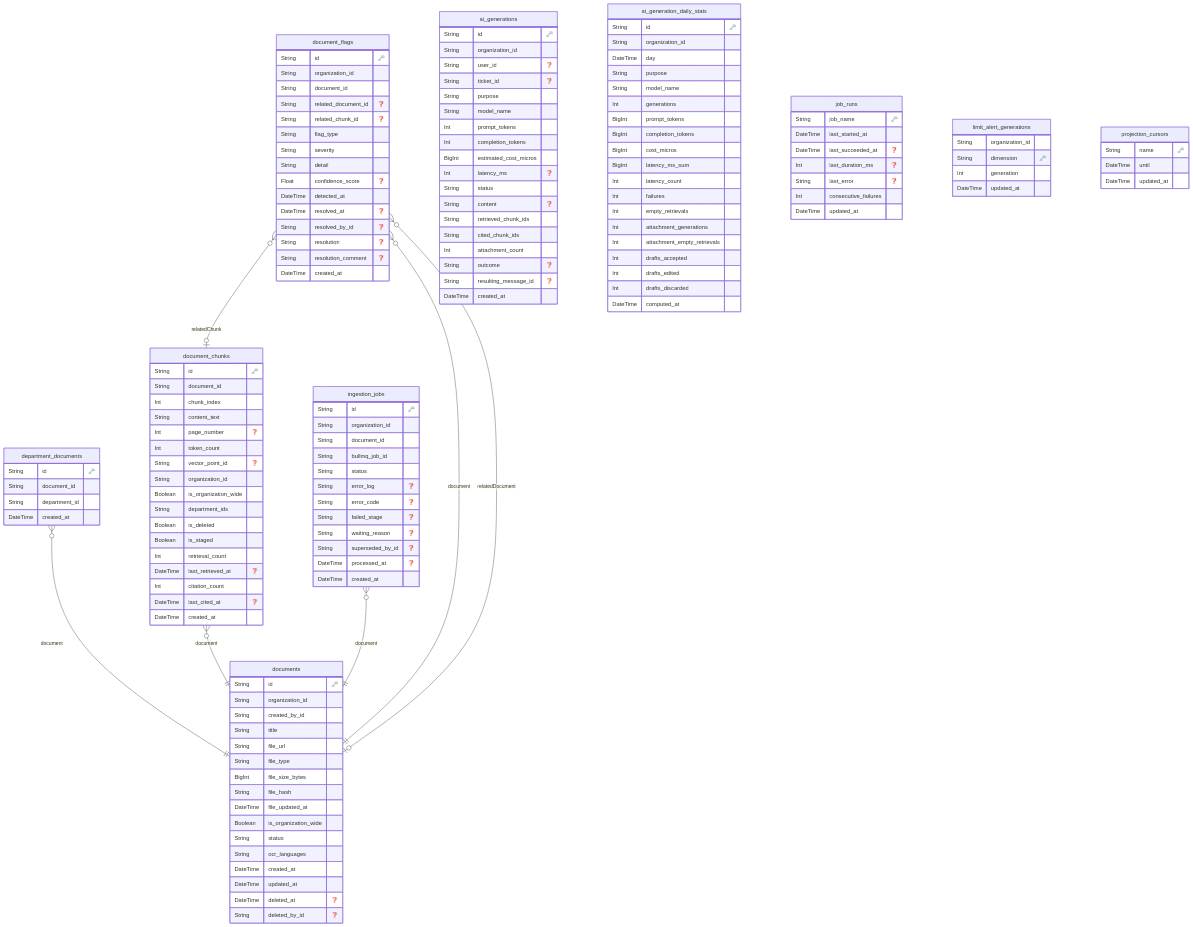
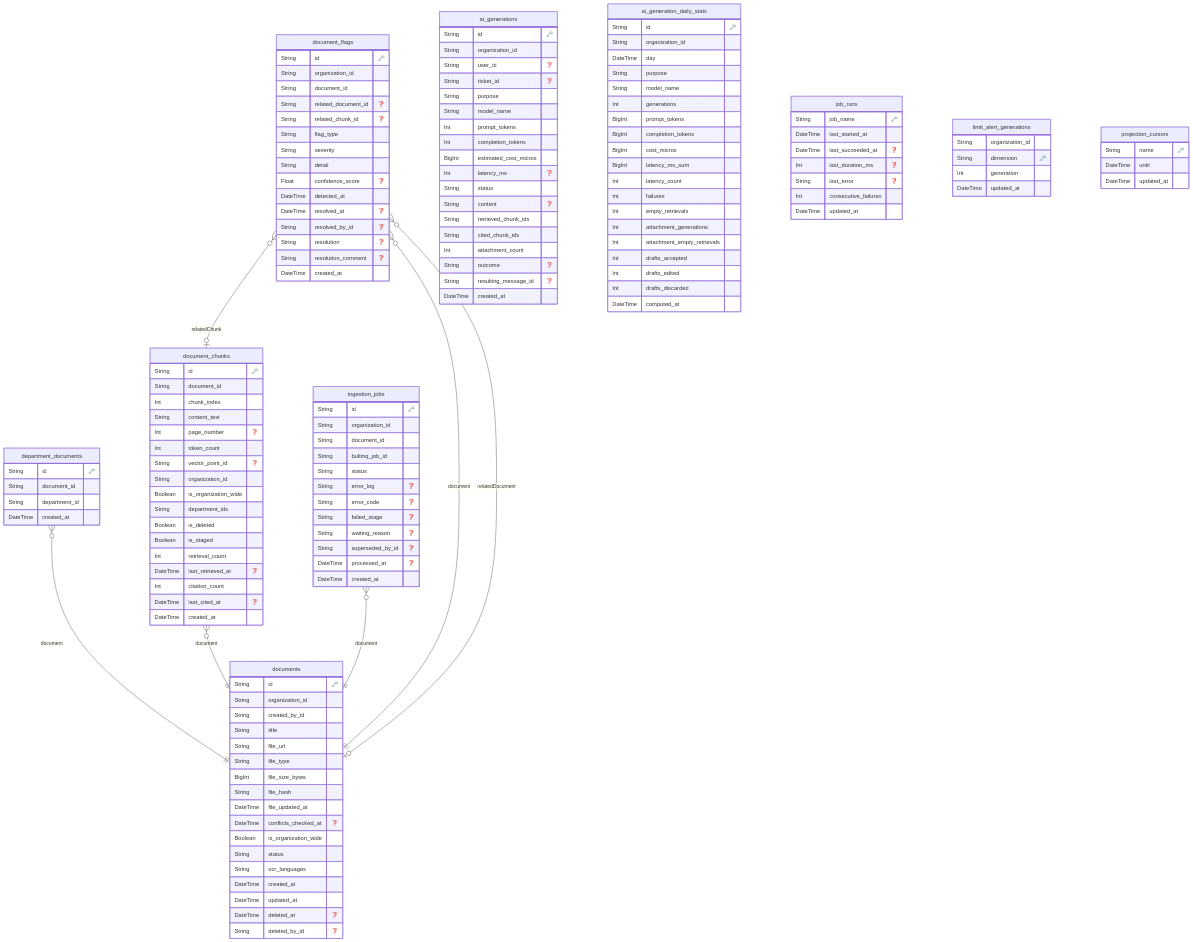
The diagram in docs/reference/erd/ingestion-service.md (dungtq2k5/synapse-desk), drawn with Mermaid before and after one commit. The commit also changed 39 other files, not shown here.

```diff
--- a/docs/reference/erd/ingestion-service.md
+++ b/docs/reference/erd/ingestion-service.md
@@ -11,6 +11,7 @@
     BigInt file_size_bytes 
     String file_hash 
     DateTime file_updated_at 
+    DateTime conflicts_checked_at "❓"
     Boolean is_organization_wide 
     String status 
     String ocr_languages 
```
